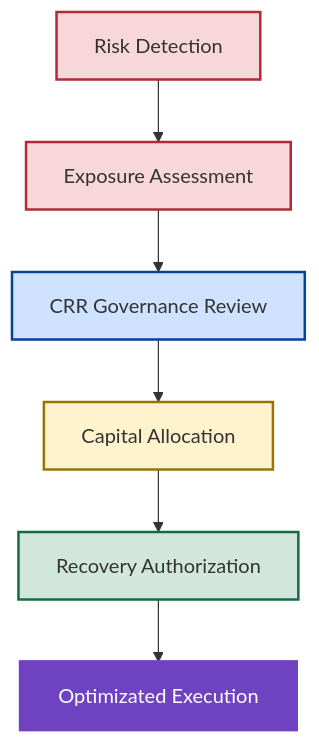
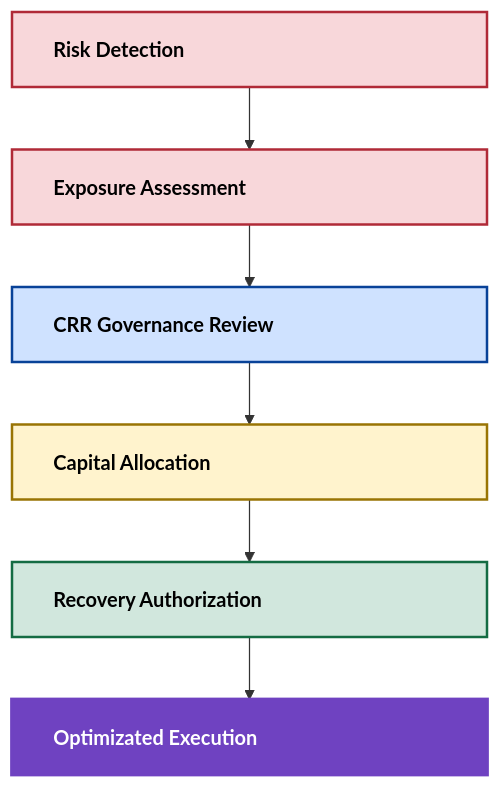
One commit to AwesomeAnil/newbridge-saas-operating-system changed the second of 4 diagrams in 08_CRR_Optimization/central-risk-reserve.md. Above: the diagram before and after it, drawn with Mermaid. The commit also changed other lines of this file, not shown here.

First line of the commit message:
Update central-risk-reserve.md

````diff
--- a/08_CRR_Optimization/central-risk-reserve.md
+++ b/08_CRR_Optimization/central-risk-reserve.md
@@ -164,27 +169,31 @@
 ```mermaid
 flowchart TD
+    A["<table style='width:320px; display:block; text-align:center;'><tr><td><b style='font-size:16px;'>Risk Detection</b></td></tr></table>"]
+    B["<table style='width:320px; display:block; text-align:center;'><tr><td><b style='font-size:16px;'>Exposure Assessment</b></td></tr></table>"]
+    C["<table style='width:320px; display:block; text-align:center;'><tr><td><b style='font-size:16px;'>CRR Governance Review</b></td></tr></table>"]
+    D["<table style='width:320px; display:block; text-align:center;'><tr><td><b style='font-size:16px;'>Capital Allocation</b></td></tr></table>"]
+    E["<table style='width:320px; display:block; text-align:center;'><tr><td><b style='font-size:16px;'>Recovery Authorization</b></td></tr></table>"]
+    F["<table style='width:320px; display:block; text-align:center;'><tr><td><b style='font-size:16px;'>Optimizated Execution</b></td></tr></table>"]
 
-A["Risk Detection"]
+    A --> B
+    B --> C
+    C --> D
+    D --> E
+    E --> F
 
---> B["Exposure Assessment"]
+    %% Color Styling %%
+    classDef styleA fill:#f8d7da,stroke:#b02a37,stroke-width:2px,color:#000000;
+    classDef styleB fill:#f8d7da,stroke:#b02a37,stroke-width:2px,color:#000000;
+    classDef styleC fill:#cfe2ff,stroke:#084298,stroke-width:2px,color:#000000;
+    classDef styleD fill:#fff3cd,stroke:#997404,stroke-width:2px,color:#000000;
+    classDef styleE fill:#d1e7dd,stroke:#146c43,stroke-width:2px,color:#000000;
+    classDef styleF fill:#6f42c1,stroke:#6f42c1,stroke-width:3px,color:#ffffff;
 
---> C["CRR Governance Review"]
-
---> D["Capital Allocation"]
-
---> E["Recovery Authorization"]
-
---> F["Optimizated Execution"]
-
-style A fill:#f8d7da,stroke:#b02a37,stroke-width:2px
-
-style B fill:#f8d7da,stroke:#b02a37,stroke-width:2px
-
-style C fill:#cfe2ff,stroke:#084298,stroke-width:2px
-
-style D fill:#fff3cd,stroke:#997404,stroke-width:2px
-
-style E fill:#d1e7dd,stroke:#146c43,stroke-width:2px
-
-style F fill:#6f42c1,color:#ffffff,stroke:#6f42c1,stroke-width:3px
+    %% Applying styles to nodes %%
+    class A styleA;
+    class B styleB;
+    class C styleC;
+    class D styleD;
+    class E styleE;
+    class F styleF;
 ```
````
